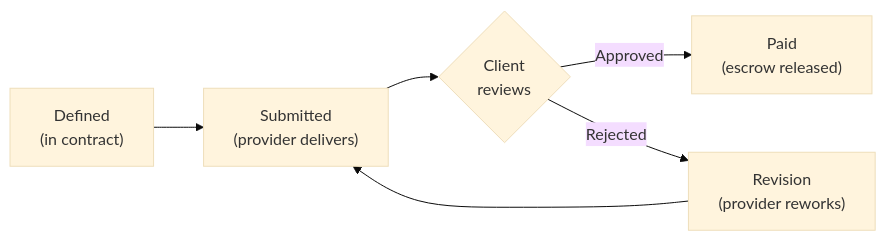
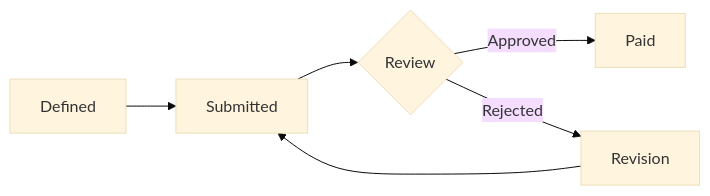
Before and after one commit to claw-network/clawnet: the second of 3 diagrams in packages/docs/content/docs/getting-started/core-concepts/service-contracts.md, drawn with Mermaid (base theme). The commit also changed other lines of this file and 14 other files, not shown here.

First line of the commit message:
Refactor diagrams and improve clarity in DAO, Identity, Markets, Reputation, Service Contracts, and Wallet documentation

````diff
--- a/packages/docs/content/docs/getting-started/core-concepts/service-contracts.md
+++ b/packages/docs/content/docs/getting-started/core-concepts/service-contracts.md
@@ -79,8 +79,8 @@
 ```mermaid
 flowchart LR
-    A["Defined\n(in contract)"] --> B["Submitted\n(provider delivers)"]
-    B --> C{"Client\nreviews"}
-    C -->|Approved| D["Paid\n(escrow released)"]
-    C -->|Rejected| E["Revision\n(provider reworks)"]
+    A[Defined] --> B[Submitted]
+    B --> C{Review}
+    C -->|Approved| D[Paid]
+    C -->|Rejected| E[Revision]
     E --> B
 ```
````
